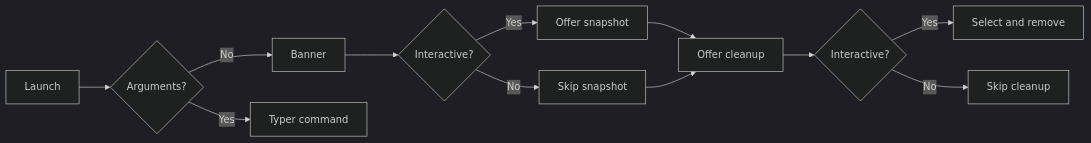
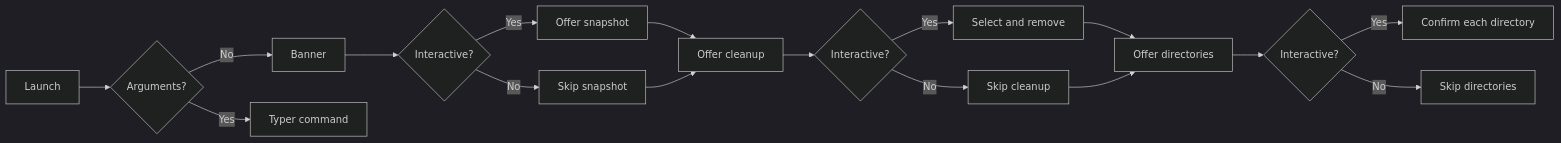
One commit to Armoghans-Organization/Omarchy-Tweaker changed the second of 2 diagrams in docs/getting-started.md. Above: the diagram before and after it, drawn with Mermaid (dark theme). The commit also changed other lines of this file and 16 other files, not shown here.

````diff
--- a/docs/getting-started.md
+++ b/docs/getting-started.md
@@ -88,14 +90,19 @@
 ```mermaid
 flowchart LR
     A[Launch] --> B{Arguments?}
     B -- No --> C[Banner]
     C --> D{Interactive?}
     D -- Yes --> E[Offer snapshot]
     D -- No --> F[Skip snapshot]
     E --> G[Offer cleanup]
     F --> G
     G --> H{Interactive?}
     H -- Yes --> I[Select and remove]
     H -- No --> J[Skip cleanup]
-    B -- Yes --> K[Typer command]
+    I --> K[Offer directories]
+    J --> K
+    K --> L{Interactive?}
+    L -- Yes --> M[Confirm each directory]
+    L -- No --> N[Skip directories]
+    B -- Yes --> O[Typer command]
 ```
````
